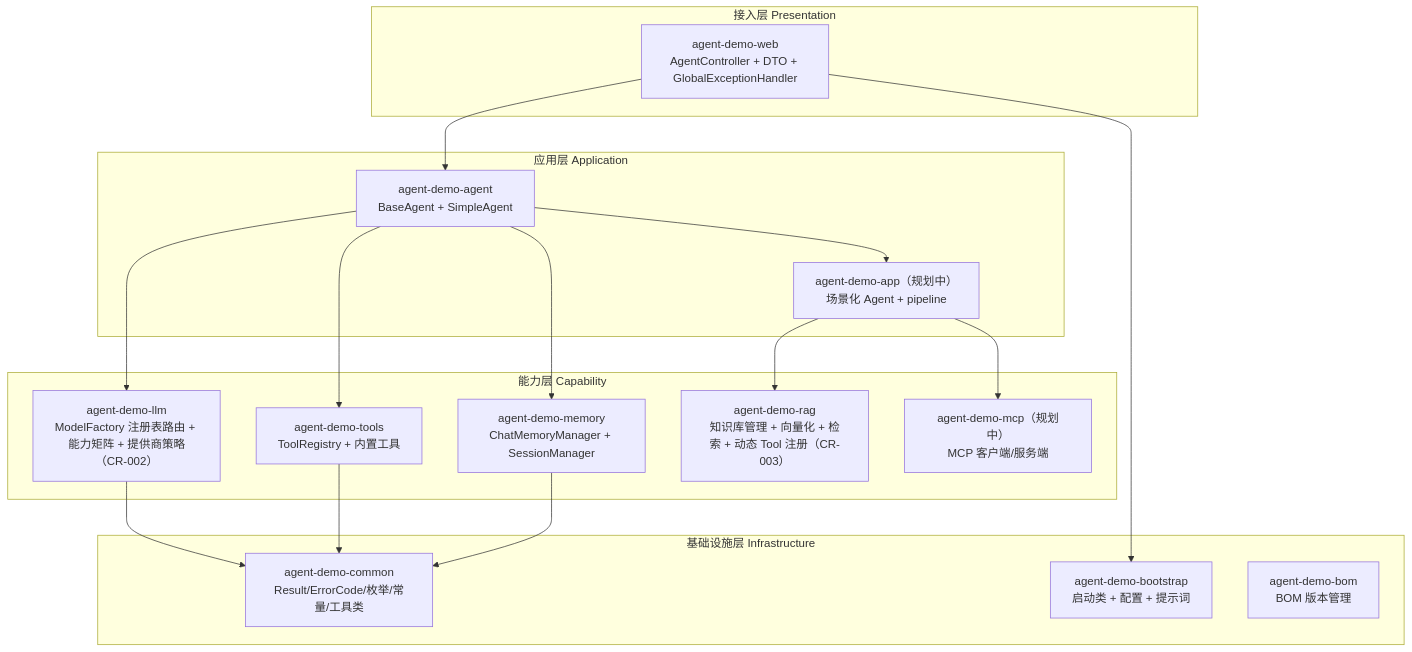
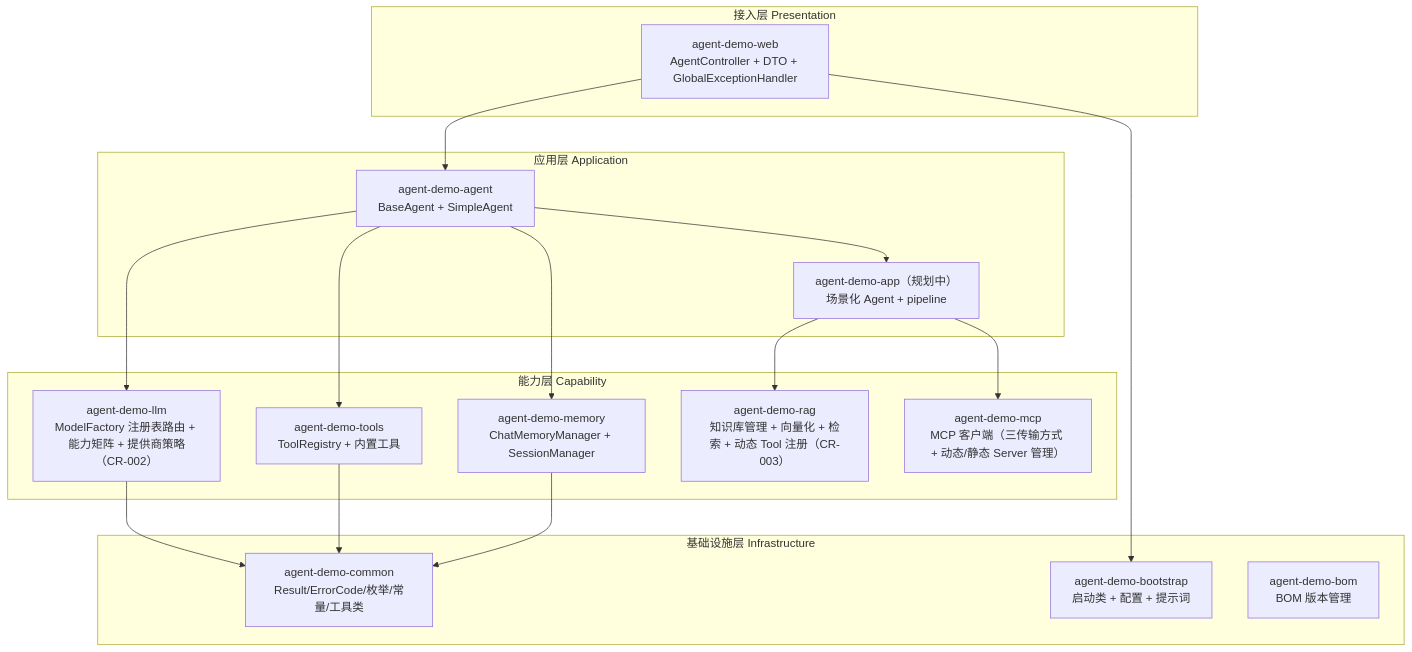
Before and after one commit to zxchengQQ/agent_demo: the fourth of 10 diagrams in specs/技术架构文档-TOGAF.md, drawn with Mermaid. The commit also changed other lines of this file and 103 other files, not shown here.

````diff
--- a/specs/技术架构文档-TOGAF.md
+++ b/specs/技术架构文档-TOGAF.md
@@ -160,37 +160,37 @@
 ```mermaid
 graph TD
     subgraph "接入层 Presentation"
         A["agent-demo-web<br/>AgentController + DTO + GlobalExceptionHandler"]
     end
 
     subgraph "应用层 Application"
         B["agent-demo-agent<br/>BaseAgent + SimpleAgent"]
         C["agent-demo-app（规划中）<br/>场景化 Agent + pipeline"]
     end
 
     subgraph "能力层 Capability"
         D["agent-demo-llm<br/>ModelFactory 注册表路由 + 能力矩阵 + 提供商策略（CR-002）"]
         E["agent-demo-tools<br/>ToolRegistry + 内置工具"]
         F["agent-demo-memory<br/>ChatMemoryManager + SessionManager"]
         G["agent-demo-rag<br/>知识库管理 + 向量化 + 检索 + 动态 Tool 注册（CR-003）"]
-        H["agent-demo-mcp（规划中）<br/>MCP 客户端/服务端"]
+        H["agent-demo-mcp<br/>MCP 客户端（三传输方式 + 动态/静态 Server 管理）"]
     end
 
     subgraph "基础设施层 Infrastructure"
         I["agent-demo-common<br/>Result/ErrorCode/枚举/常量/工具类"]
         J["agent-demo-bootstrap<br/>启动类 + 配置 + 提示词"]
         K["agent-demo-bom<br/>BOM 版本管理"]
     end
 
     A --> B
     B --> D
     B --> E
     B --> F
     B --> C
     C --> G
     C --> H
     D --> I
     E --> I
     F --> I
     A --> J
 ```
````
